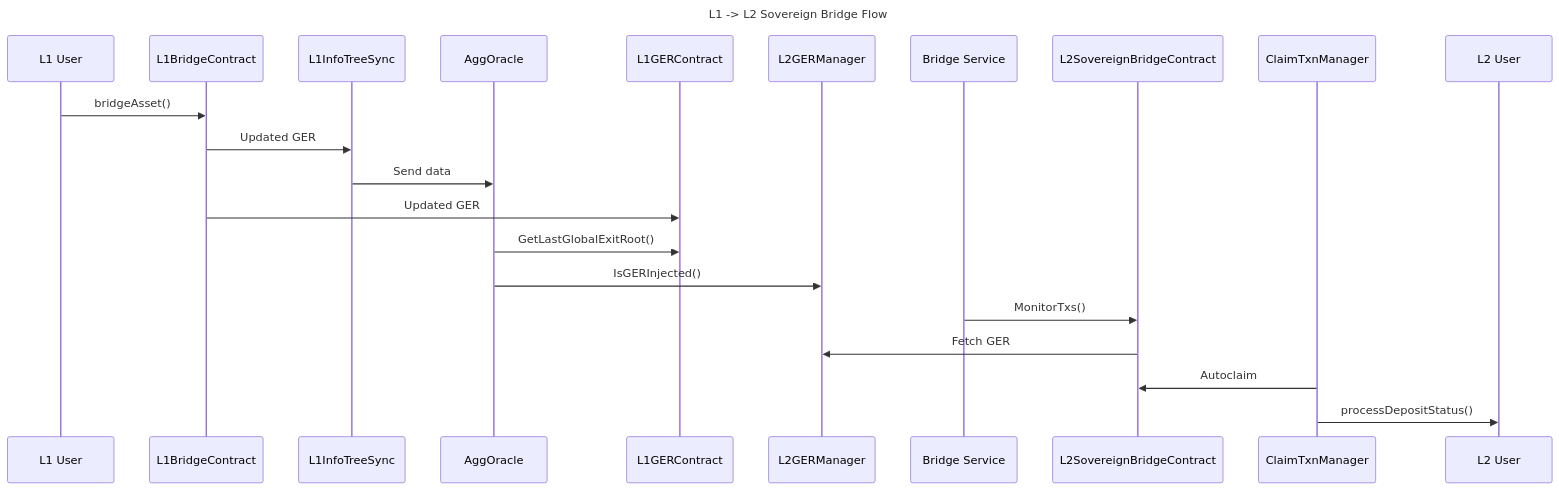
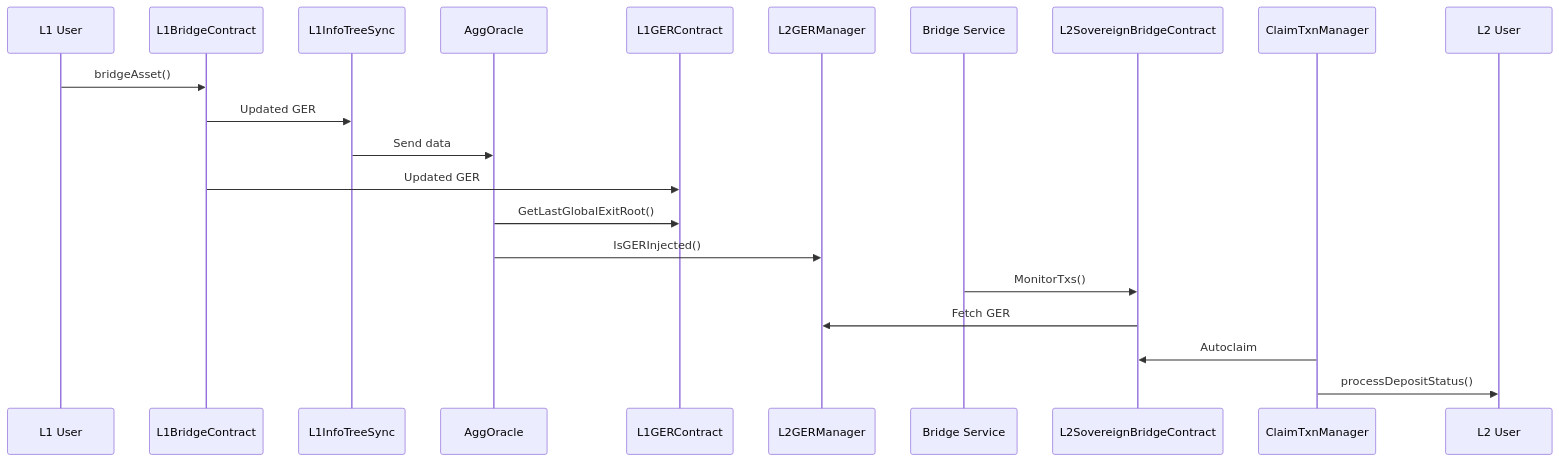
Before and after one commit to 0xPolygon/kurtosis-cdk: the first of 2 diagrams in docs/op-sovereign.md, drawn with Mermaid. The commit also changed other lines of this file, not shown here.

````diff
--- a/docs/op-sovereign.md
+++ b/docs/op-sovereign.md
@@ -325,28 +339,24 @@
 ```mermaid
----
-title: "L1 -> L2 Sovereign Bridge Flow"
----
 sequenceDiagram
     participant L1User as L1 User
     participant L1BridgeContract as L1BridgeContract
     participant L1InfoTreeSync as L1InfoTreeSync
     participant AggOracle as AggOracle
     participant L1GERContract as L1GERContract
     participant L2GERManager as L2GERManager
     participant BridgeService as Bridge Service
     participant L2SovereignBridge as L2SovereignBridgeContract
     participant ClaimTxnManager as ClaimTxnManager
     participant L2User as L2 User
 
     L1User->>L1BridgeContract: bridgeAsset()
     L1BridgeContract->>L1InfoTreeSync: Updated GER
     L1InfoTreeSync->>AggOracle: Send data
     L1BridgeContract->>L1GERContract: Updated GER
     AggOracle->>L1GERContract: GetLastGlobalExitRoot()
     AggOracle->>L2GERManager: IsGERInjected()
     BridgeService->>L2SovereignBridge: MonitorTxs()
     L2SovereignBridge->>L2GERManager: Fetch GER
     ClaimTxnManager->>L2SovereignBridge: Autoclaim
     ClaimTxnManager->>L2User: processDepositStatus()
-
 ```
````
